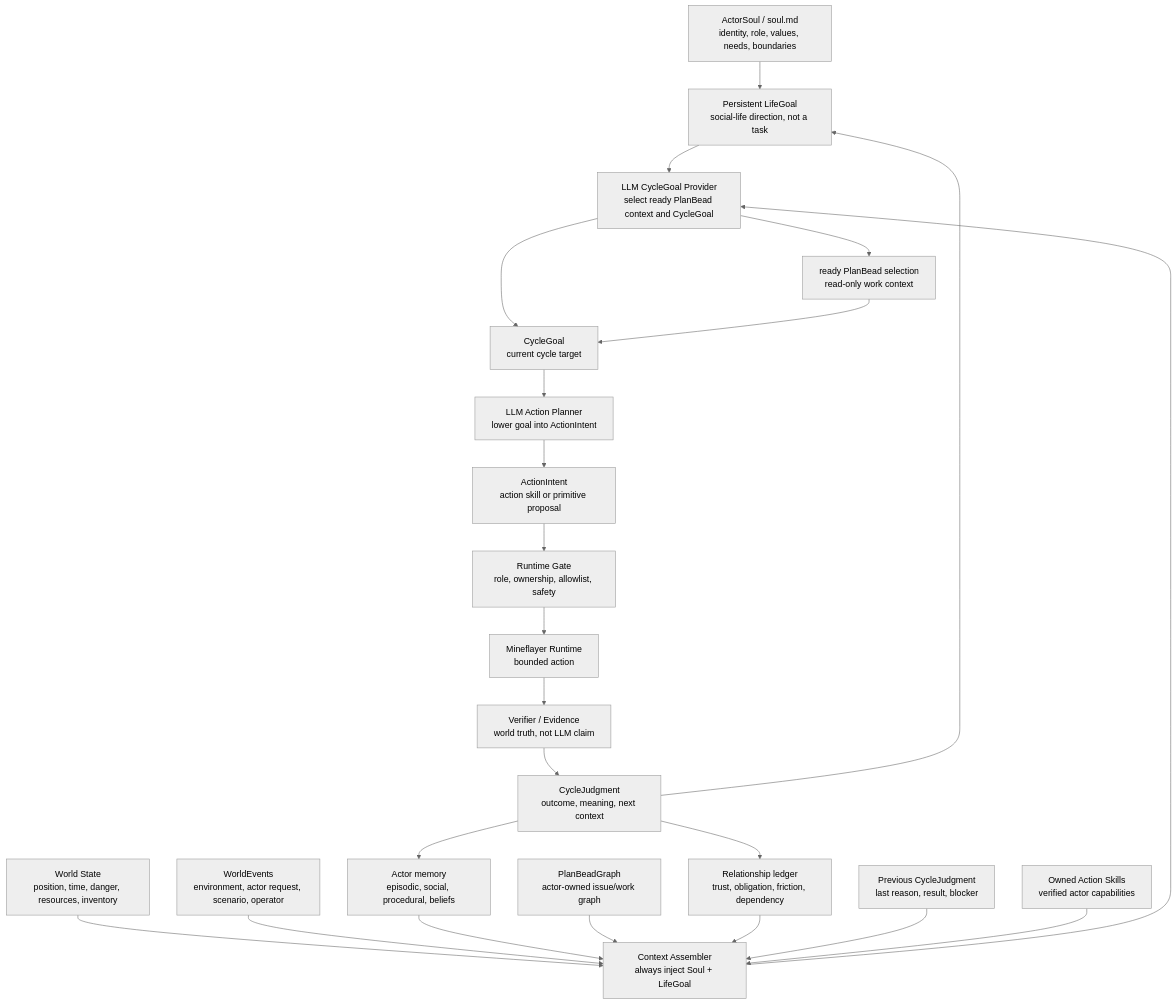
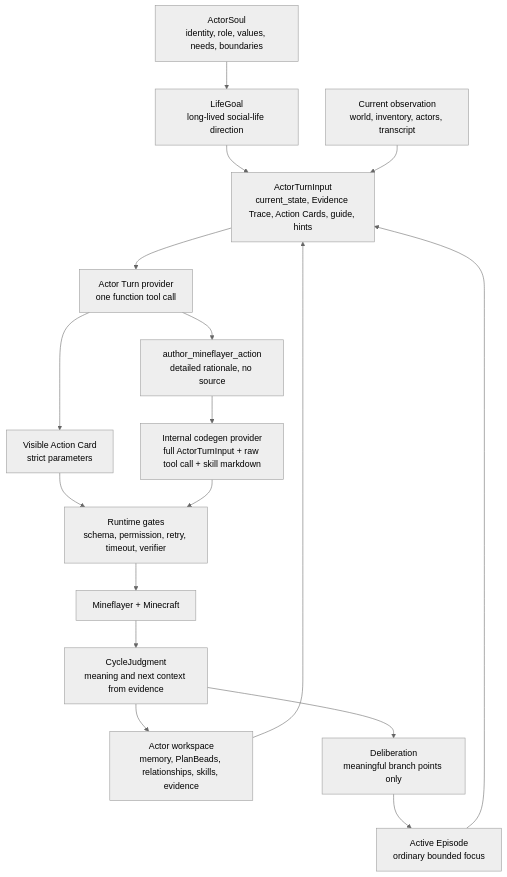
One commit to gigio1023/minecraft-llm-agent-community changed the first of 2 diagrams in project-docs/Architecture/Soul-Life-Goal-Runtime-Architecture.md. Above: the diagram before and after it, drawn with Mermaid (neutral theme). The commit also changed other lines of this file and 21 other files, not shown here.

Commit message:
Align docs with Actor Turn tool flow

````diff
--- a/project-docs/Architecture/Soul-Life-Goal-Runtime-Architecture.md
+++ b/project-docs/Architecture/Soul-Life-Goal-Runtime-Architecture.md
@@ -334,25 +237,28 @@
 ```mermaid
 flowchart TB
-  Soul["ActorSoul / soul.md<br/>identity, role, values, needs, boundaries"] --> LifeGoal["Persistent LifeGoal<br/>social-life direction, not a task"]
-  LifeGoal --> CycleGoalProvider["LLM CycleGoal Provider<br/>select ready PlanBead context and CycleGoal"]
-  World["World State<br/>position, time, danger, resources, inventory"] --> Context["Context Assembler<br/>always inject Soul + LifeGoal"]
-  Events["WorldEvents<br/>environment, actor request, scenario, operator"] --> Context
-  Memory["Actor memory<br/>episodic, social, procedural, beliefs"] --> Context
-  Beads["PlanBeadGraph<br/>actor-owned issue/work graph"] --> Context
-  Relations["Relationship ledger<br/>trust, obligation, friction, dependency"] --> Context
-  Prev["Previous CycleJudgment<br/>last reason, result, blocker"] --> Context
-  Skills["Owned Action Skills<br/>verified actor capabilities"] --> Context
-  Context --> CycleGoalProvider
-  CycleGoalProvider --> PlanBead["ready PlanBead selection<br/>read-only work context"]
-  CycleGoalProvider --> CycleGoal["CycleGoal<br/>current cycle target"]
-  PlanBead --> CycleGoal
-  CycleGoal --> ActionPlanner["LLM Action Planner<br/>lower goal into ActionIntent"]
-  ActionPlanner --> Intent["ActionIntent<br/>action skill or primitive proposal"]
-  Intent --> Gate["Runtime Gate<br/>role, ownership, allowlist, safety"]
-  Gate --> Runner["Mineflayer Runtime<br/>bounded action"]
-  Runner --> Verifier["Verifier / Evidence<br/>world truth, not LLM claim"]
-  Verifier --> Judgment["CycleJudgment<br/>outcome, meaning, next context"]
-  Judgment --> Memory
-  Judgment --> Relations
-  Judgment --> LifeGoal
+  Soul["ActorSoul<br/>identity, role, values, needs, boundaries"]
+  LifeGoal["LifeGoal<br/>long-lived social-life direction"]
+  Workspace["Actor workspace<br/>memory, PlanBeads, relationships, skills, evidence"]
+  Observe["Current observation<br/>world, inventory, actors, transcript"]
+  Episode["Active Episode<br/>ordinary bounded focus"]
+  Branch["Deliberation<br/>meaningful branch points only"]
+  TurnInput["ActorTurnInput<br/>current_state, Evidence Trace, Action Cards, guide, hints"]
+  ActorTurn["Actor Turn provider<br/>one function tool call"]
+  Tool["Visible Action Card<br/>strict parameters"]
+  Author["author_mineflayer_action<br/>detailed rationale, no source"]
+  Codegen["Internal codegen provider<br/>full ActorTurnInput + raw tool call + skill markdown"]
+  Runtime["Runtime gates<br/>schema, permission, retry, timeout, verifier"]
+  Mineflayer["Mineflayer + Minecraft"]
+  Judgment["CycleJudgment<br/>meaning and next context from evidence"]
+
+  Soul --> LifeGoal --> TurnInput
+  Workspace --> TurnInput
+  Observe --> TurnInput
+  Episode --> TurnInput
+  Branch --> Episode
+  TurnInput --> ActorTurn
+  ActorTurn --> Tool --> Runtime
+  ActorTurn --> Author --> Codegen --> Runtime
+  Runtime --> Mineflayer --> Judgment --> Workspace
+  Judgment --> Branch
 ```
````
